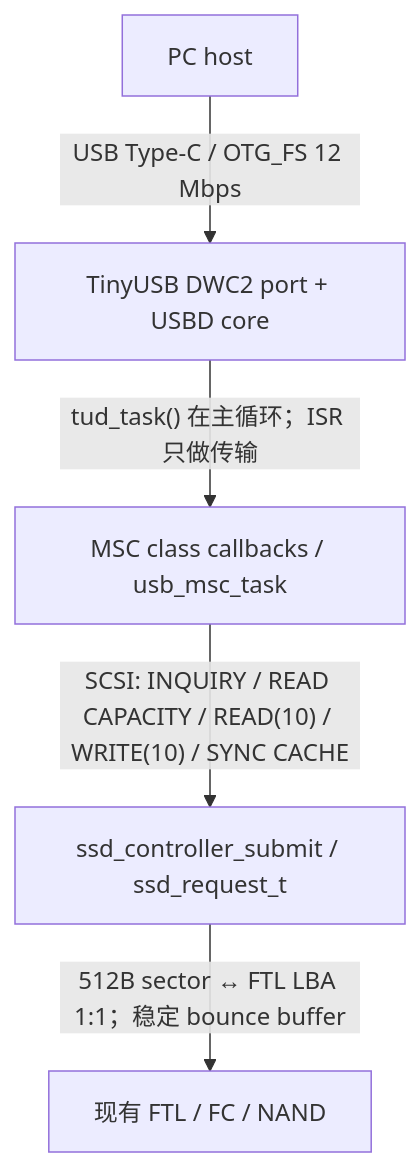
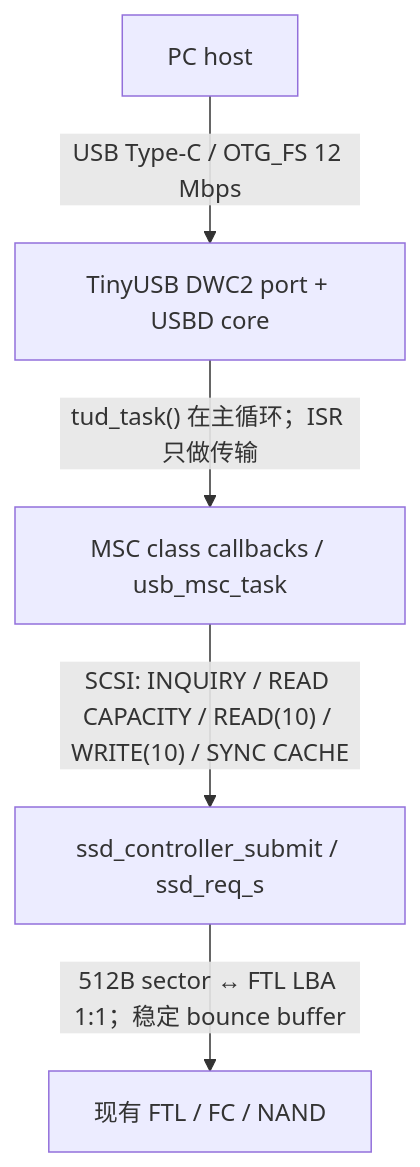
One commit to YzYMIAO/BASESSD changed the diagram in docs/design/usb_msc_udisk.md. Above: the diagram before and after it, drawn with Mermaid. The commit also changed other lines of this file and 177 other files, not shown here.

````diff
--- a/docs/design/usb_msc_udisk.md
+++ b/docs/design/usb_msc_udisk.md
@@ -131,7 +131,7 @@
 ```mermaid
 flowchart TD
     HOST["PC host"] -->|"USB Type-C / OTG_FS 12 Mbps"| PCD["TinyUSB DWC2 port + USBD core"]
     PCD -->|"tud_task() 在主循环；ISR 只做传输"| MSC["MSC class callbacks / usb_msc_task"]
-    MSC -->|"SCSI: INQUIRY / READ CAPACITY / READ(10) / WRITE(10) / SYNC CACHE"| CTRL["ssd_controller_submit / ssd_request_t"]
+    MSC -->|"SCSI: INQUIRY / READ CAPACITY / READ(10) / WRITE(10) / SYNC CACHE"| CTRL["ssd_controller_submit / ssd_req_s"]
     CTRL -->|"512B sector ↔ FTL LBA 1:1；稳定 bounce buffer"| FTL["现有 FTL / FC / NAND"]
 ```
````
